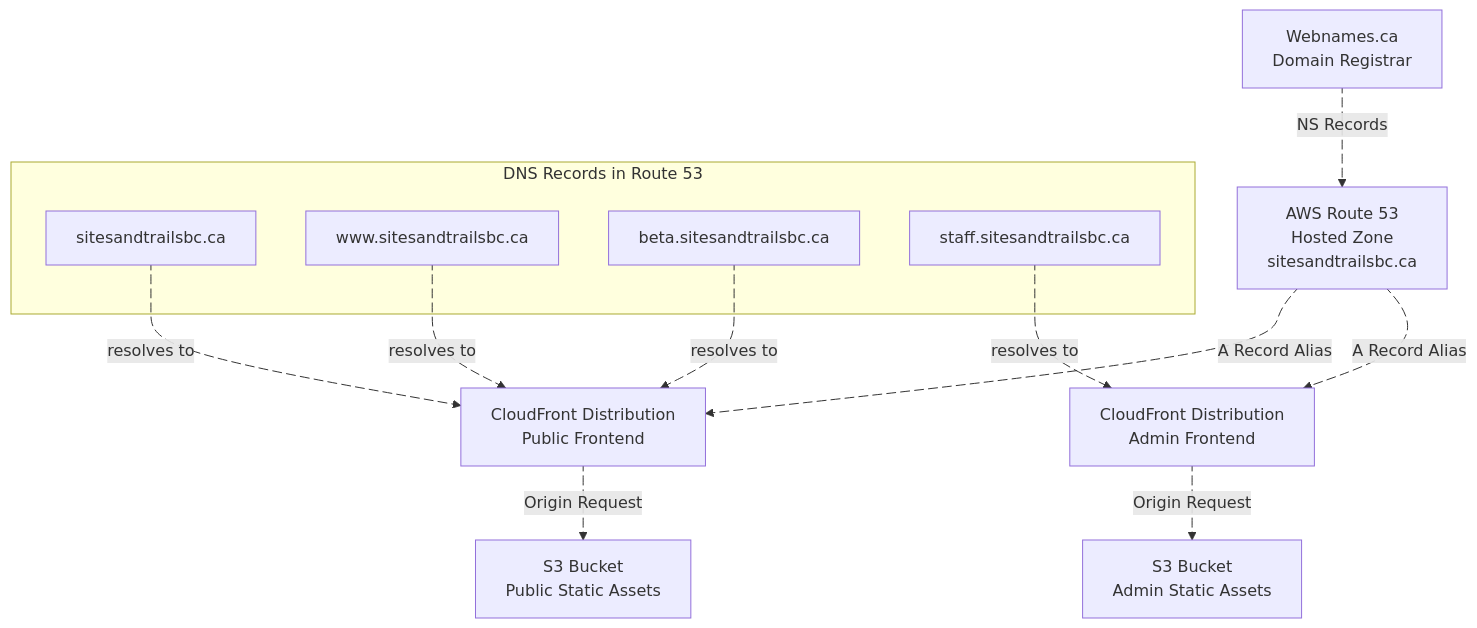
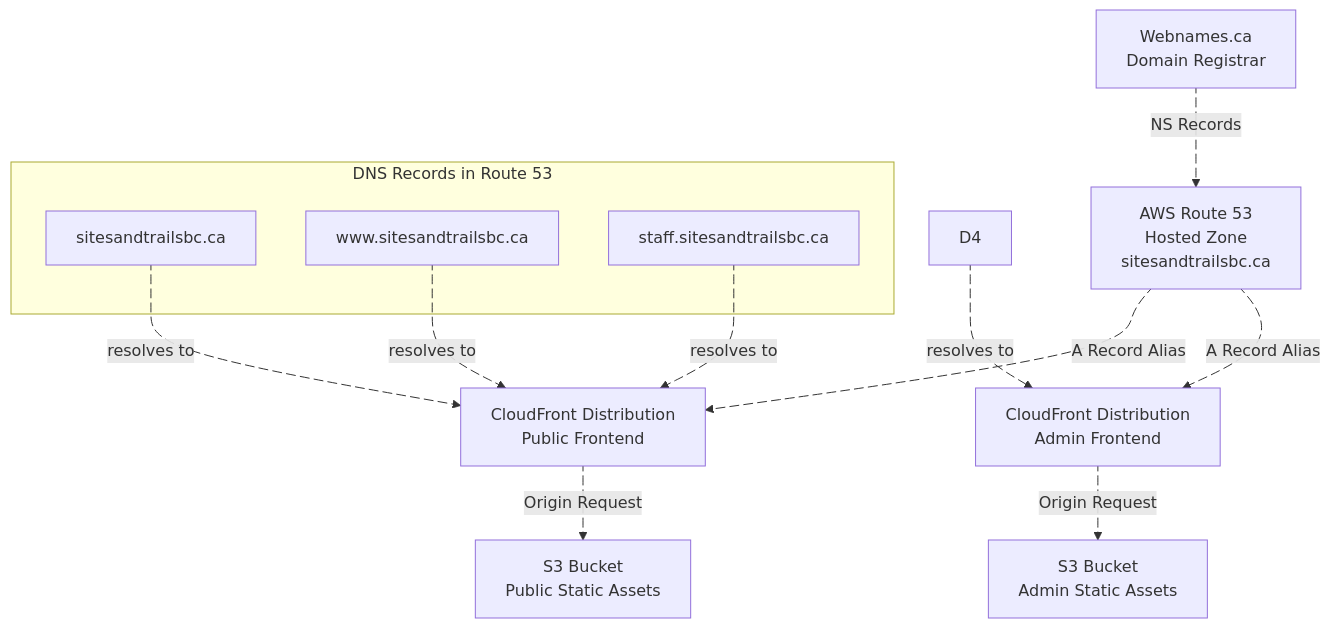
The diagram in docs/dns-setup.md (bcgov/nr-rec-resources), drawn with Mermaid before and after one commit. The commit also changed other lines of this file and 4 other files, not shown here.

````diff
--- a/docs/dns-setup.md
+++ b/docs/dns-setup.md
@@ -120,41 +119,40 @@
 ```mermaid
 flowchart TD
     A["Webnames.ca<br/>Domain Registrar"]
 
     B["AWS Route 53<br/>Hosted Zone<br/>sitesandtrailsbc.ca"]
 
     C1["CloudFront Distribution<br/>Public Frontend"]
 
     C2["CloudFront Distribution<br/>Admin Frontend"]
 
     E1["S3 Bucket<br/>Public Static Assets"]
 
     E2["S3 Bucket<br/>Admin Static Assets"]
 
     subgraph DNS["DNS Records in Route 53"]
         D1["sitesandtrailsbc.ca"]
         D2["www.sitesandtrailsbc.ca"]
-        D3["beta.sitesandtrailsbc.ca"]
-        D4["staff.sitesandtrailsbc.ca"]
+        D3["staff.sitesandtrailsbc.ca"]
     end
 
     A e1@-->|"NS Records"| B
     B e2@-->|"A Record Alias"| C1
     B e3@-->|"A Record Alias"| C2
     D1 e4@-.->|"resolves to"| C1
     D2 e5@-.->|"resolves to"| C1
     D3 e6@-.->|"resolves to"| C1
     D4 e7@-.->|"resolves to"| C2
     C1 e8@-->|"Origin Request"| E1
     C2 e9@-->|"Origin Request"| E2
 
     e1@{ animation: slow }
     e2@{ animation: fast }
     e3@{ animation: fast }
     e4@{ animation: fast }
     e5@{ animation: fast }
     e6@{ animation: fast }
     e7@{ animation: fast }
     e8@{ animation: slow }
     e9@{ animation: slow }
 ```
````
